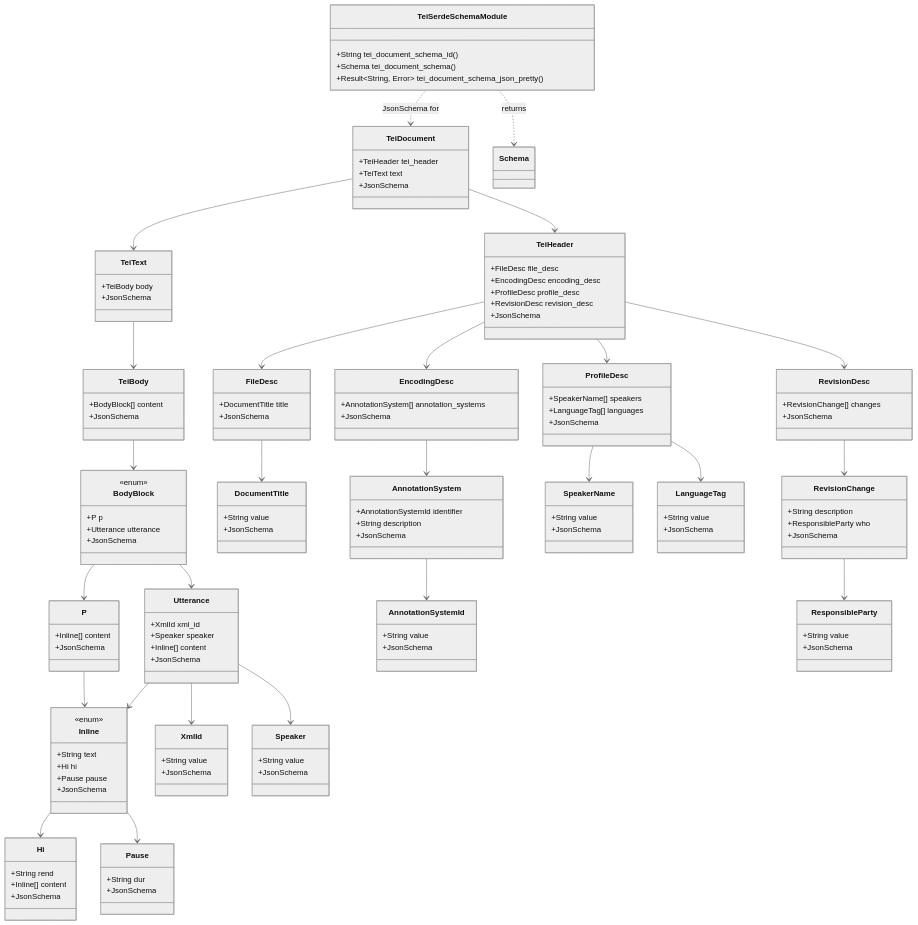
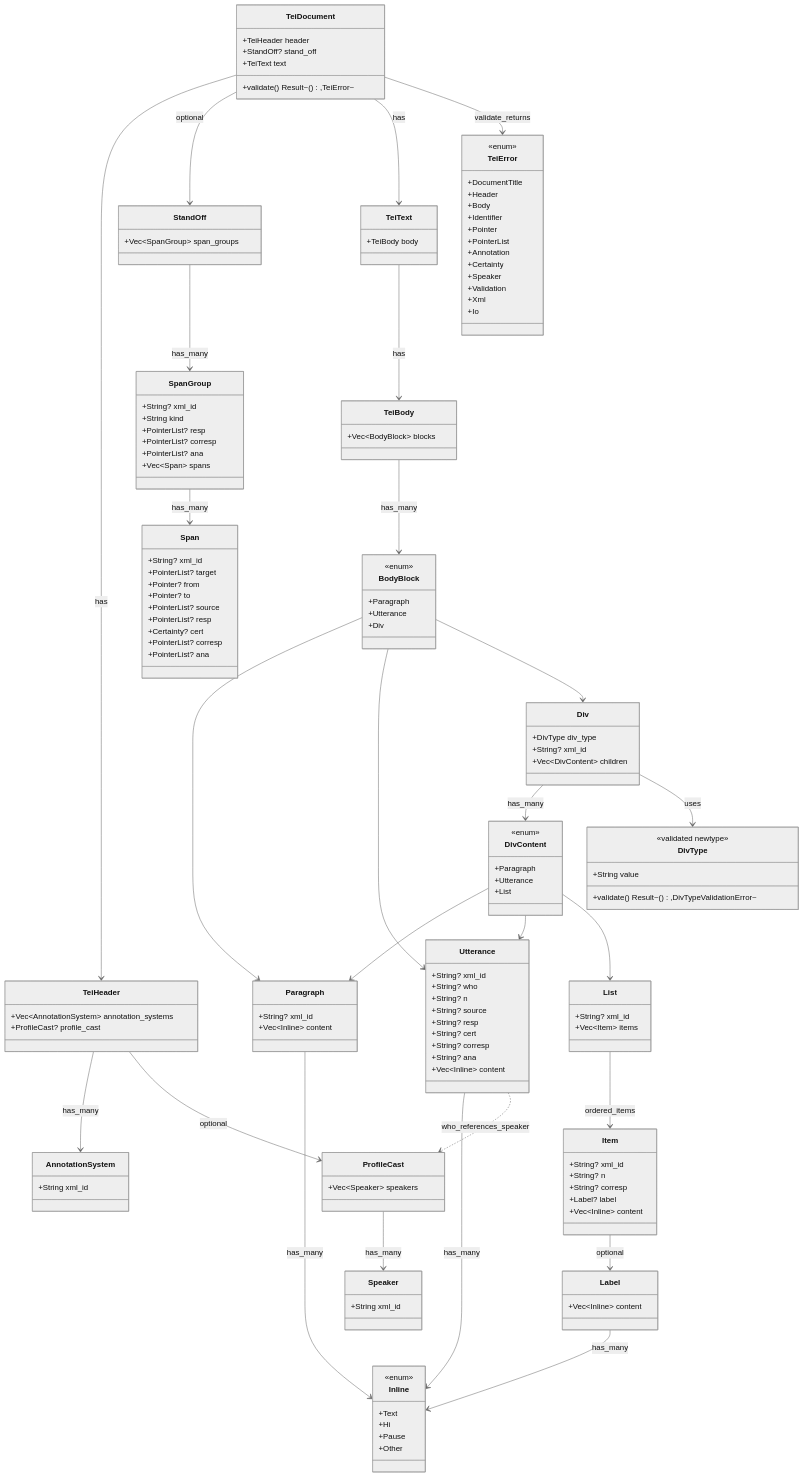
One commit to leynos/tei-rapporteur changed the second of 4 diagrams in docs/tei-rapporteur-design-document.md. Above: the diagram before and after it, drawn with Mermaid (neutral theme). The commit also changed other lines of this file and 1 other file, not shown here.

First paragraph of the commit message:
Update user guide and design docs for Div/List/Item models (#63)
* feat(tei-core,tei-xml): add thematic divisions with lists and enhance validation

````diff
--- a/docs/tei-rapporteur-design-document.md
+++ b/docs/tei-rapporteur-design-document.md
@@ -740,182 +745,180 @@
 ```mermaid
 classDiagram
-    %% Core document structure
+
     class TeiDocument {
-        +TeiHeader tei_header
-        +TeiText text
-        +JsonSchema
+      +TeiHeader header
+      +StandOff? stand_off
+      +TeiText text
+      +validate() Result~(),TeiError~
     }
 
     class TeiHeader {
-        +FileDesc file_desc
-        +EncodingDesc encoding_desc
-        +ProfileDesc profile_desc
-        +RevisionDesc revision_desc
-        +JsonSchema
+      +Vec~AnnotationSystem~ annotation_systems
+      +ProfileCast? profile_cast
+    }
+
+    class AnnotationSystem {
+      +String xml_id
+    }
+
+    class ProfileCast {
+      +Vec~Speaker~ speakers
+    }
+
+    class Speaker {
+      +String xml_id
     }
 
     class TeiText {
-        +TeiBody body
-        +JsonSchema
+      +TeiBody body
     }
 
     class TeiBody {
-        +BodyBlock[] content
-        +JsonSchema
+      +Vec~BodyBlock~ blocks
     }
 
     class BodyBlock {
-        <<enum>>
-        +P p
-        +Utterance utterance
-        +JsonSchema
+      <<enum>>
+      +Paragraph
+      +Utterance
+      +Div
     }
 
-    class P {
-        +Inline[] content
-        +JsonSchema
+    class Paragraph {
+      +String? xml_id
+      +Vec~Inline~ content
     }
 
     class Utterance {
-        +XmlId xml_id
-        +Speaker speaker
-        +Inline[] content
-        +JsonSchema
+      +String? xml_id
+      +String? who
+      +String? n
+      +String? source
+      +String? resp
+      +String? cert
+      +String? corresp
+      +String? ana
+      +Vec~Inline~ content
+    }
+
+    class Div {
+      +DivType div_type
+      +String? xml_id
+      +Vec~DivContent~ children
+    }
+
+    class DivContent {
+      <<enum>>
+      +Paragraph
+      +Utterance
+      +List
+    }
+
+    class List {
+      +String? xml_id
+      +Vec~Item~ items
+    }
+
+    class Item {
+      +String? xml_id
+      +String? n
+      +String? corresp
+      +Label? label
+      +Vec~Inline~ content
+    }
+
+    class Label {
+      +Vec~Inline~ content
     }
 
     class Inline {
-        <<enum>>
-        +String text
-        +Hi hi
-        +Pause pause
-        +JsonSchema
+      <<enum>>
+      +Text
+      +Hi
+      +Pause
+      +Other
     }
 
-    class Hi {
-        +String rend
-        +Inline[] content
-        +JsonSchema
+    class DivType {
+      <<validated newtype>>
+      +String value
+      +validate() Result~(),DivTypeValidationError~
     }
 
-    class Pause {
-        +String dur
-        +JsonSchema
+    class TeiError {
+      <<enum>>
+      +DocumentTitle
+      +Header
+      +Body
+      +Identifier
+      +Pointer
+      +PointerList
+      +Annotation
+      +Certainty
+      +Speaker
+      +Validation
+      +Xml
+      +Io
     }
 
-    class XmlId {
-        +String value
-        +JsonSchema
+    class StandOff {
+      +Vec~SpanGroup~ span_groups
     }
 
-    class Speaker {
-        +String value
-        +JsonSchema
+    class SpanGroup {
+      +String? xml_id
+      +String kind
+      +PointerList? resp
+      +PointerList? corresp
+      +PointerList? ana
+      +Vec~Span~ spans
     }
 
-    class DocumentTitle {
-        +String value
-        +JsonSchema
+    class Span {
+      +String? xml_id
+      +PointerList? target
+      +Pointer? from
+      +Pointer? to
+      +PointerList? source
+      +PointerList? resp
+      +Certainty? cert
+      +PointerList? corresp
+      +PointerList? ana
     }
 
-    %% Header subcomponents
-    class FileDesc {
-        +DocumentTitle title
-        +JsonSchema
-    }
+    TeiDocument --> TeiHeader : has
+    TeiDocument --> StandOff : optional
+    TeiDocument --> TeiText : has
+    TeiDocument --> TeiError : validate_returns
 
-    class EncodingDesc {
-        +AnnotationSystem[] annotation_systems
-        +JsonSchema
-    }
+    StandOff --> SpanGroup : has_many
+    SpanGroup --> Span : has_many
 
-    class AnnotationSystem {
-        +AnnotationSystemId identifier
-        +String description
-        +JsonSchema
-    }
+    TeiHeader --> AnnotationSystem : has_many
+    TeiHeader --> ProfileCast : optional
 
-    class AnnotationSystemId {
-        +String value
-        +JsonSchema
-    }
+    ProfileCast --> Speaker : has_many
 
-    class ProfileDesc {
-        +SpeakerName[] speakers
-        +LanguageTag[] languages
-        +JsonSchema
-    }
+    TeiText --> TeiBody : has
+    TeiBody --> BodyBlock : has_many
 
-    class SpeakerName {
-        +String value
-        +JsonSchema
-    }
+    Div --> DivContent : has_many
+    Div --> DivType : uses
 
-    class LanguageTag {
-        +String value
-        +JsonSchema
-    }
+    DivContent --> Paragraph
+    DivContent --> Utterance
+    DivContent --> List
 
-    class RevisionDesc {
-        +RevisionChange[] changes
-        +JsonSchema
-    }
+    List --> Item : ordered_items
 
-    class RevisionChange {
-        +String description
-        +ResponsibleParty who
-        +JsonSchema
-    }
+    Item --> Label : optional
+    Paragraph --> Inline : has_many
+    Utterance --> Inline : has_many
+    Label --> Inline : has_many
 
-    class ResponsibleParty {
-        +String value
-        +JsonSchema
-    }
+    Utterance ..> ProfileCast : who_references_speaker
 
-    %% tei-serde schema module
-    class TeiSerdeSchemaModule {
-        +String tei_document_schema_id()
-        +Schema tei_document_schema()
-        +Result~String, Error~ tei_document_schema_json_pretty()
-    }
-
-    class Schema {
-    }
-
-    %% Relationships within tei-core
-    TeiDocument --> TeiHeader
-    TeiDocument --> TeiText
-
-    TeiText --> TeiBody
-    TeiBody --> BodyBlock
-
-    BodyBlock --> P
+    BodyBlock --> Paragraph
     BodyBlock --> Utterance
-
-    P --> Inline
-    Utterance --> XmlId
-    Utterance --> Speaker
-    Utterance --> Inline
-
-    Inline --> Hi
-    Inline --> Pause
-
-    FileDesc --> DocumentTitle
-
-    TeiHeader --> FileDesc
-    TeiHeader --> EncodingDesc
-    TeiHeader --> ProfileDesc
-    TeiHeader --> RevisionDesc
-
-    EncodingDesc --> AnnotationSystem
-    AnnotationSystem --> AnnotationSystemId
-
-    ProfileDesc --> SpeakerName
-    ProfileDesc --> LanguageTag
-
-    RevisionDesc --> RevisionChange
-    RevisionChange --> ResponsibleParty
-
-    %% Schema generation coupling
-    TeiSerdeSchemaModule ..> TeiDocument : JsonSchema for
-    TeiSerdeSchemaModule ..> Schema : returns
+    BodyBlock --> Div
 ```
````
